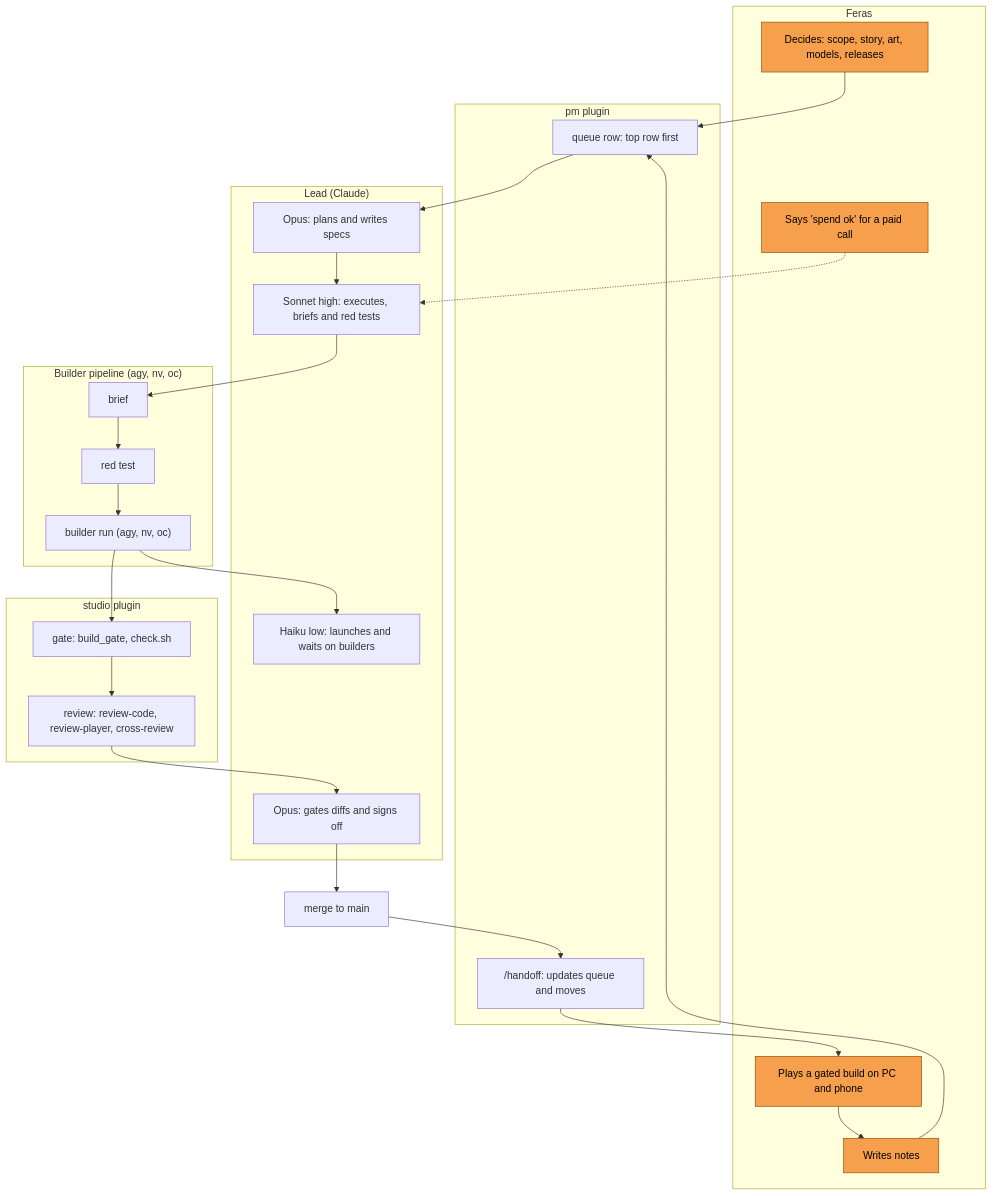
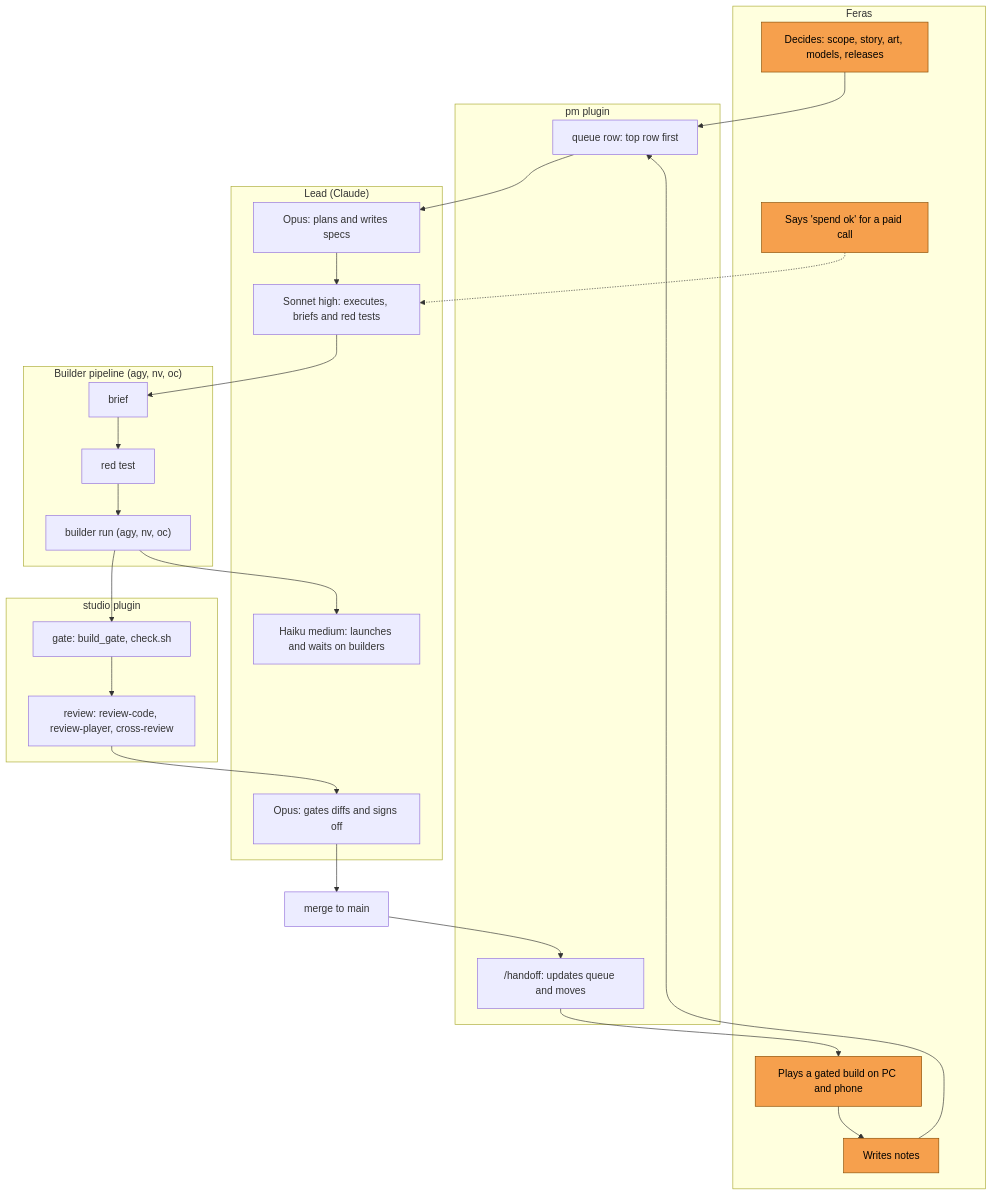
The diagram in docs/HOW_WE_WORK.md (ferasalm/game), drawn with Mermaid before and after one commit. The commit also changed 8 other files, not shown here.

````diff
--- a/docs/HOW_WE_WORK.md
+++ b/docs/HOW_WE_WORK.md
@@ -6,44 +6,44 @@
 ```mermaid
 flowchart TB
     subgraph You["Feras"]
         Decide["Decides: scope, story, art, models, releases"]
         Spend["Says 'spend ok' for a paid call"]
         Play["Plays a gated build on PC and phone"]
         Notes["Writes notes"]
     end
     subgraph PM["pm plugin"]
         Queue["queue row: top row first"]
         Handoff["/handoff: updates queue and moves"]
     end
     subgraph Lead["Lead (Claude)"]
         OpusPlan["Opus: plans and writes specs"]
         SonnetExec["Sonnet high: executes, briefs and red tests"]
-        HaikuWait["Haiku low: launches and waits on builders"]
+        HaikuWait["Haiku medium: launches and waits on builders"]
         OpusGate["Opus: gates diffs and signs off"]
     end
     subgraph Pipe["Builder pipeline (agy, nv, oc)"]
         Brief["brief"] --> RedTest["red test"]
         RedTest --> BuildRun["builder run (agy, nv, oc)"]
     end
     subgraph Studio["studio plugin"]
         Gate["gate: build_gate, check.sh"]
         Review["review: review-code, review-player, cross-review"]
     end
     Merge["merge to main"]
 
     Decide --> Queue
     Queue --> OpusPlan
     OpusPlan --> SonnetExec
     SonnetExec --> Brief
     BuildRun --> HaikuWait
     BuildRun --> Gate
     Gate --> Review
     Review --> OpusGate
     OpusGate --> Merge
     Merge --> Handoff
     Handoff --> Play
     Play --> Notes --> Queue
     Spend -.-> SonnetExec
     classDef feras fill:#f6a04d,stroke:#8a4b00,color:#000
     class Decide,Spend,Play,Notes feras
 ```
````
